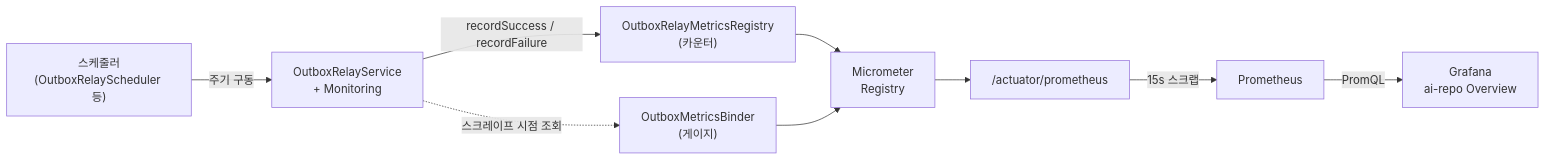
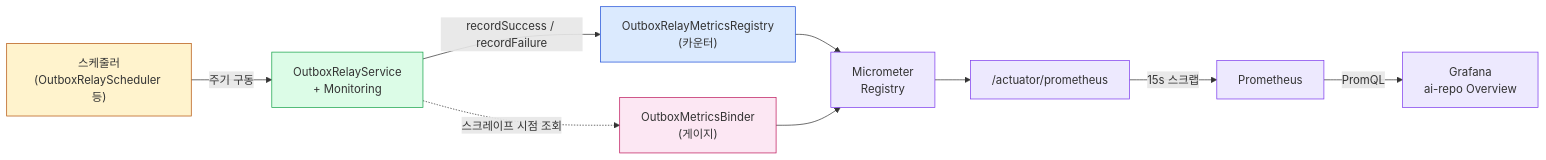
One commit to IMWoo94/ai-repo changed the third of 3 diagrams in docs/development/architecture-diagrams.md. Above: the diagram before and after it, drawn with Mermaid. The commit also changed other lines of this file, not shown here.

First line of the commit message:
docs: color-code architecture diagrams by component role

````diff
--- a/docs/development/architecture-diagrams.md
+++ b/docs/development/architecture-diagrams.md
@@ -124,11 +167,24 @@
 ```mermaid
 graph LR
     sched["스케줄러<br/>(OutboxRelayScheduler 등)"] -->|주기 구동| relay["OutboxRelayService<br/>+ Monitoring"]
     relay -->|recordSuccess / recordFailure| reg["OutboxRelayMetricsRegistry<br/>(카운터)"]
     relay -.->|스크레이프 시점 조회| binder["OutboxMetricsBinder<br/>(게이지)"]
     reg --> mm["Micrometer<br/>Registry"]
     binder --> mm
     mm --> act["/actuator/prometheus"]
     act -->|15s 스크랩| prom["Prometheus"]
     prom -->|PromQL| graf["Grafana<br/>ai-repo Overview"]
+
+    classDef driver fill:#fff3cd,stroke:#b45309
+    classDef service fill:#dcfce7,stroke:#16a34a
+    classDef counter fill:#dbeafe,stroke:#1d4ed8
+    classDef gauge fill:#fce7f3,stroke:#be185d
+    classDef expose fill:#ede9fe,stroke:#7c3aed
+
+    class sched driver
+    class relay service
+    class reg counter
+    class binder gauge
+    class mm,act expose
+    class prom,graf expose
 ```
````
